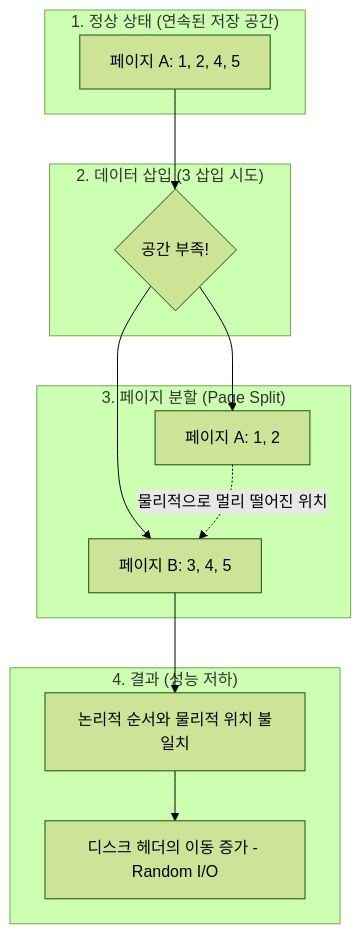
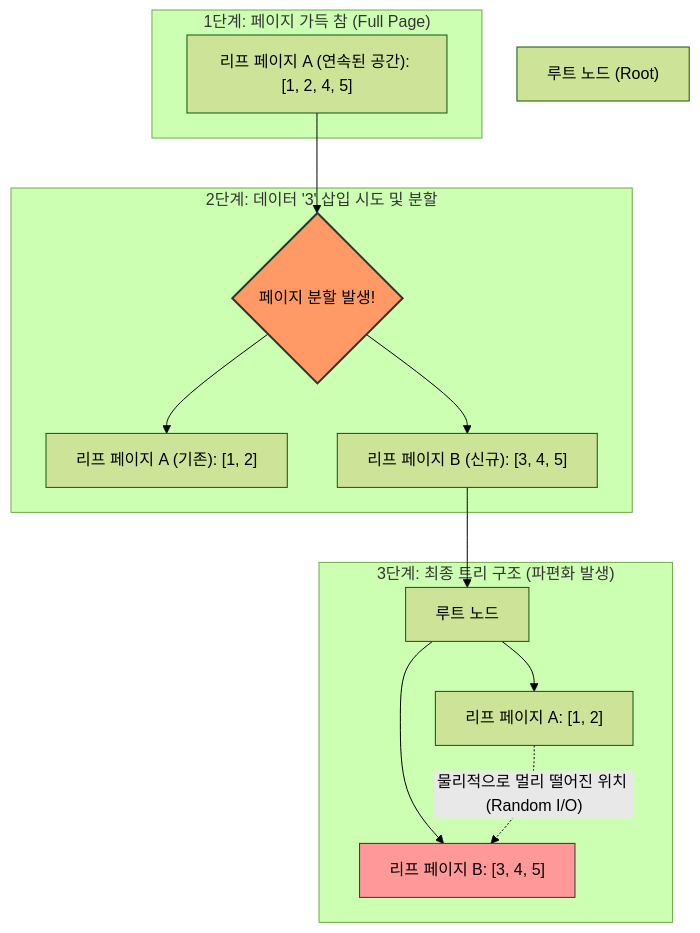
Before and after one commit to muzzaiwork/candidate: the third of 5 diagrams in troubleshooting/payletter_index_optimization.md, drawn with Mermaid (forest theme). The commit also changed other lines of this file, not shown here.

Commit message:
Update page split visualization with B-Tree structure and hierarchical layout

````diff
--- a/troubleshooting/payletter_index_optimization.md
+++ b/troubleshooting/payletter_index_optimization.md
@@ -111,21 +113,35 @@
 ```mermaid
 graph TD
-    subgraph "1. 정상 상태 (연속된 저장 공간)"
-        P1[페이지 A: 1, 2, 4, 5]
+    %% Root Node
+    Root["루트 노드 (Root)"]
+    
+    subgraph "1단계: 페이지 가득 참 (Full Page)"
+        Leaf_Full["리프 페이지 A (연속된 공간): [1, 2, 4, 5]"]
     end
 
-    subgraph "2. 데이터 삽입 (3 삽입 시도)"
-        P1 --> PS{공간 부족!}
+    subgraph "2단계: 데이터 '3' 삽입 시도 및 분할"
+        Split_Point{페이지 분할 발생!}
+        Leaf_A_New["리프 페이지 A (기존): [1, 2]"]
+        Leaf_B_New["리프 페이지 B (신규): [3, 4, 5]"]
     end
 
-    subgraph "3. 페이지 분할 (Page Split)"
-        PS --> P1_NEW[페이지 A: 1, 2]
-        PS --> P2_NEW[페이지 B: 3, 4, 5]
-        P1_NEW -. "물리적으로 멀리 떨어진 위치" .-> P2_NEW
+    subgraph "3단계: 최종 트리 구조 (파편화 발생)"
+        Root_Final["루트 노드"]
+        Leaf_A_Final["리프 페이지 A: [1, 2]"]
+        Leaf_B_Final["리프 페이지 B: [3, 4, 5]"]
+        
+        Root_Final --> Leaf_A_Final
+        Root_Final --> Leaf_B_Final
+        
+        Leaf_A_Final -. "물리적으로 멀리 떨어진 위치 (Random I/O)" .-> Leaf_B_Final
     end
 
-    subgraph "4. 결과 (성능 저하)"
-        P2_NEW --> F[논리적 순서와 물리적 위치 불일치]
-        F --> G[디스크 헤더의 이동 증가 - Random I/O]
-    end
+    %% Flow
+    Leaf_Full --> Split_Point
+    Split_Point --> Leaf_A_New
+    Split_Point --> Leaf_B_New
+    Leaf_B_New --> Root_Final
+    
+    style Split_Point fill:#f96,stroke:#333,stroke-width:2px
+    style Leaf_B_Final fill:#f99,stroke:#333
 ```
````
